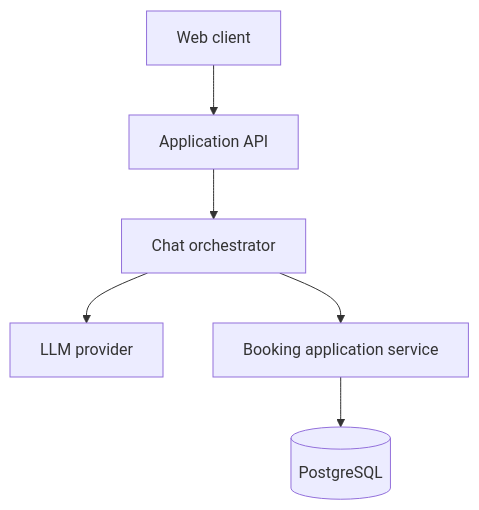
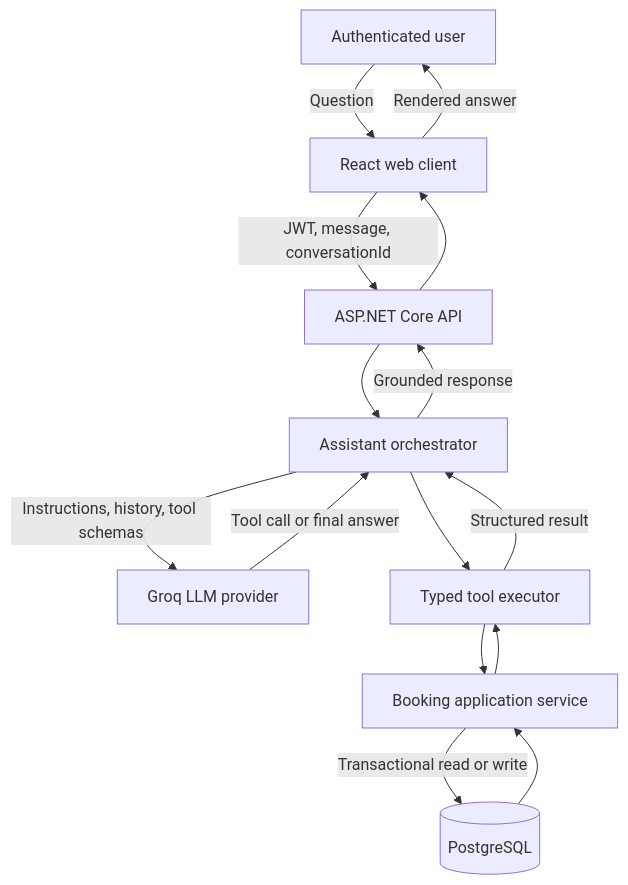
The first of 2 diagrams in doc/architecture.md (jimagrini/room-booking-assistant), drawn with Mermaid before and after one commit. The commit also changed other lines of this file and 4 other files, not shown here.

````diff
--- a/doc/architecture.md
+++ b/doc/architecture.md
@@ -5,8 +7,26 @@
 ```mermaid
 flowchart TD
-    UI[Web client] --> API[Application API]
-    API --> Agent[Chat orchestrator]
-    Agent --> LLM[LLM provider]
-    Agent --> Domain[Booking application service]
-    Domain --> DB[(PostgreSQL)]
+    User[Authenticated user]
+    Web[React web client]
+    Api[ASP.NET Core API]
+    Assistant[Assistant orchestrator]
+    LLM[Groq LLM provider]
+    Tools[Typed tool executor]
+    Booking[Booking application service]
+    Db[(PostgreSQL)]
+
+    User -->|Question| Web
+    Web -->|JWT, message, conversationId| Api
+    Api --> Assistant
+    Assistant -->|Instructions, history, tool schemas| LLM
+    LLM -->|Tool call or final answer| Assistant
+    Assistant --> Tools
+    Tools --> Booking
+    Booking -->|Transactional read or write| Db
+    Db --> Booking
+    Booking --> Tools
+    Tools -->|Structured result| Assistant
+    Assistant -->|Grounded response| Api
+    Api --> Web
+    Web -->|Rendered answer| User
 ```
````
